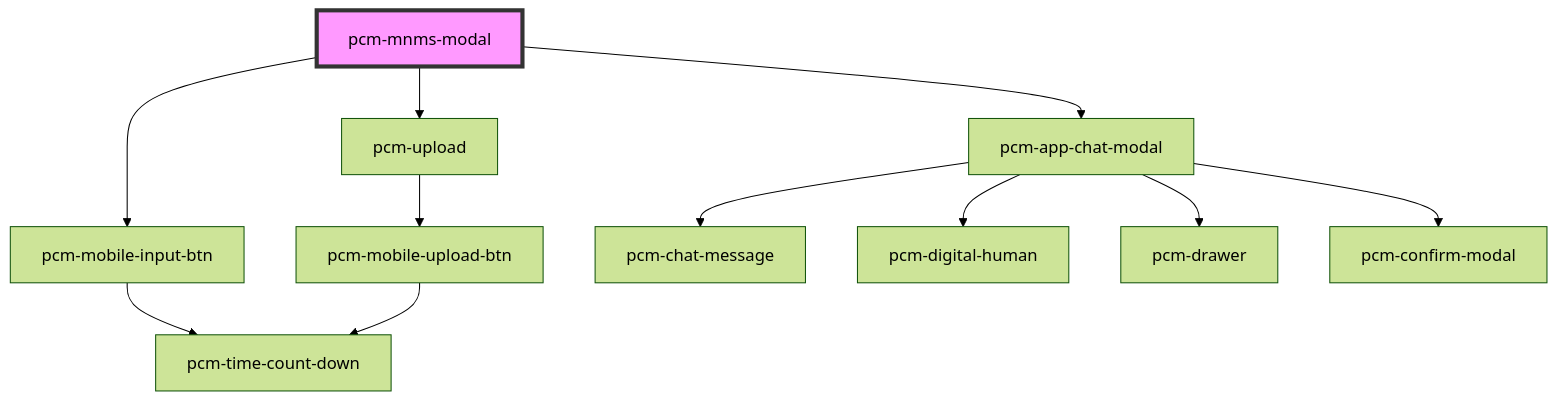
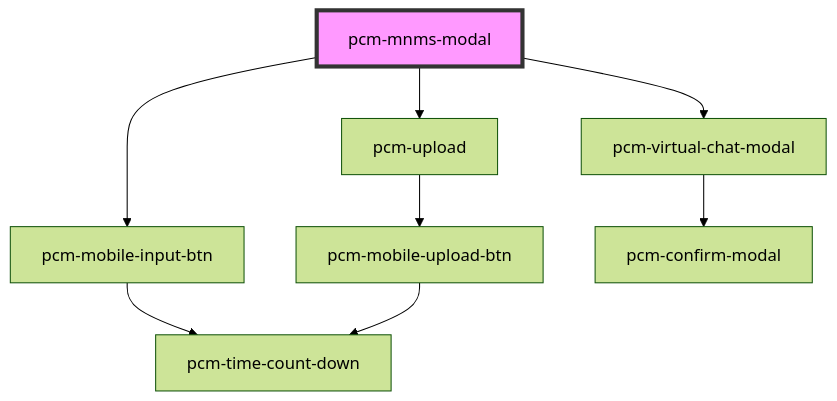
One commit to Pincaimao/pcm-agents-sdk changed the diagram in packages/pcm-agents/docs/components/pcm-mnms-modal/readme.md. Above: the diagram before and after it, drawn with Mermaid (forest theme). The commit also changed other lines of this file and 12 other files, not shown here.

````diff
--- a/packages/pcm-agents/docs/components/pcm-mnms-modal/readme.md
+++ b/packages/pcm-agents/docs/components/pcm-mnms-modal/readme.md
@@ -57,14 +57,11 @@
 ```mermaid
 graph TD;
   pcm-mnms-modal --> pcm-mobile-input-btn
   pcm-mnms-modal --> pcm-upload
-  pcm-mnms-modal --> pcm-app-chat-modal
+  pcm-mnms-modal --> pcm-virtual-chat-modal
   pcm-mobile-input-btn --> pcm-time-count-down
   pcm-upload --> pcm-mobile-upload-btn
   pcm-mobile-upload-btn --> pcm-time-count-down
-  pcm-app-chat-modal --> pcm-chat-message
-  pcm-app-chat-modal --> pcm-digital-human
-  pcm-app-chat-modal --> pcm-drawer
-  pcm-app-chat-modal --> pcm-confirm-modal
+  pcm-virtual-chat-modal --> pcm-confirm-modal
   style pcm-mnms-modal fill:#f9f,stroke:#333,stroke-width:4px
 ```
````
